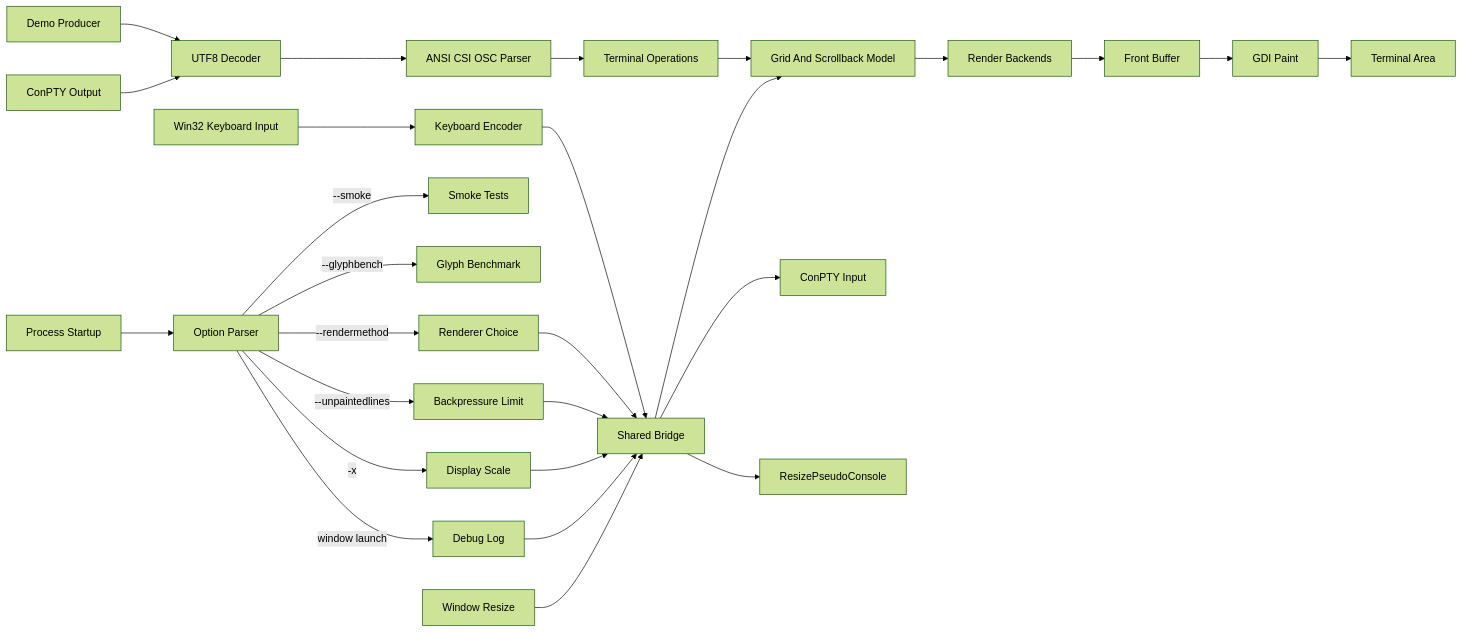
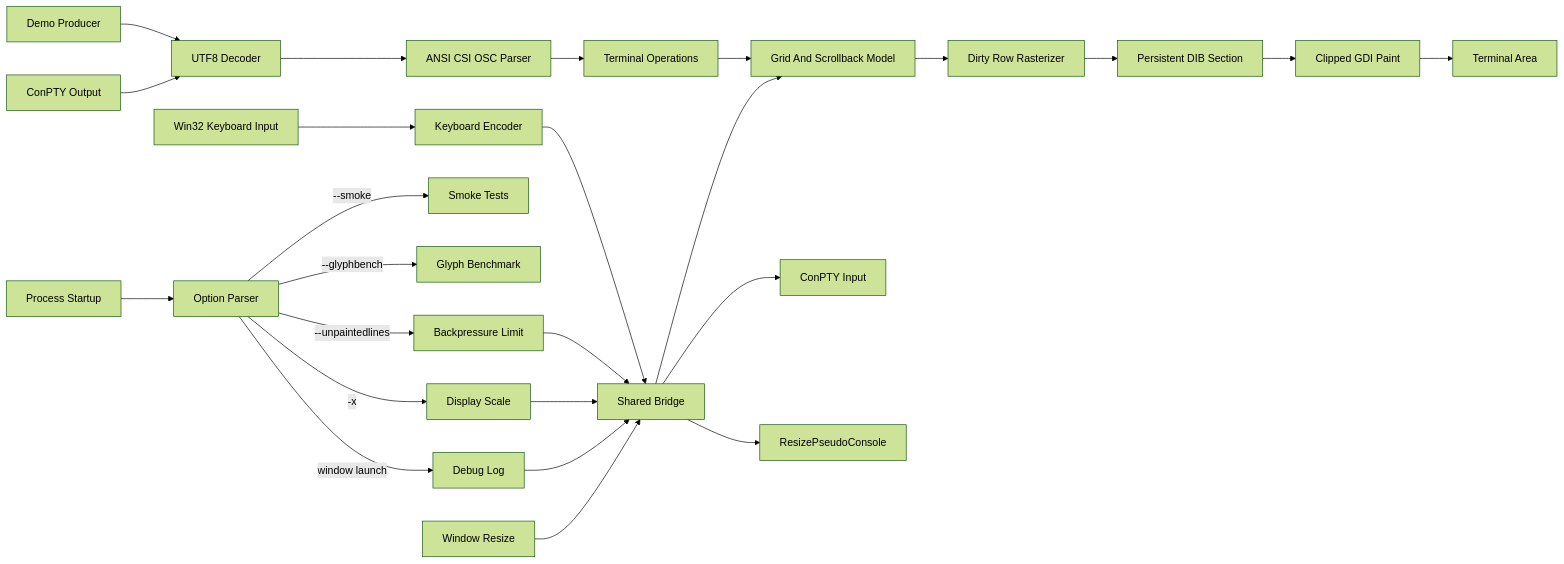
Before and after one commit to DusteDdk/winxterm: the diagram in ARCHITECTURE.md, drawn with Mermaid (forest theme). The commit also changed other lines of this file and 28 other files, not shown here.

````diff
--- a/ARCHITECTURE.md
+++ b/ARCHITECTURE.md
@@ -65,29 +65,27 @@
 ```mermaid
 flowchart LR
     processStart[Process Startup] --> optionParser[Option Parser]
     optionParser -->|"--smoke"| smokeTests[Smoke Tests]
     optionParser -->|"--glyphbench"| glyphBench[Glyph Benchmark]
-    optionParser -->|"--rendermethod"| rendererChoice[Renderer Choice]
     optionParser -->|"--unpaintedlines"| backpressureLimit[Backpressure Limit]
     optionParser -->|"-x"| displayScale[Display Scale]
     optionParser -->|"window launch"| debugLog[Debug Log]
     debugLog --> bridge[Shared Bridge]
-    rendererChoice --> bridge
     backpressureLimit --> bridge
     displayScale --> bridge
     bridge --> screenModel[Grid And Scrollback Model]
     win32Input[Win32 Keyboard Input] --> inputEncoder[Keyboard Encoder]
     inputEncoder --> bridge
     bridge --> conptyInput[ConPTY Input]
     clientProducer[Demo Producer] --> textDecoder[UTF8 Decoder]
     conptyOutput[ConPTY Output] --> textDecoder
     textDecoder --> ansiParser[ANSI CSI OSC Parser]
     ansiParser --> terminalOps[Terminal Operations]
     terminalOps --> screenModel
     resizeEvent[Window Resize] --> bridge
     bridge --> conptyResize[ResizePseudoConsole]
-    screenModel --> renderBackends[Render Backends]
-    renderBackends --> frontBuffer[Front Buffer]
-    frontBuffer --> gdiPaint[GDI Paint]
+    screenModel --> dirtyRows[Dirty Row Rasterizer]
+    dirtyRows --> dib[Persistent DIB Section]
+    dib --> gdiPaint[Clipped GDI Paint]
     gdiPaint --> clientArea[Terminal Area]
 ```
````
